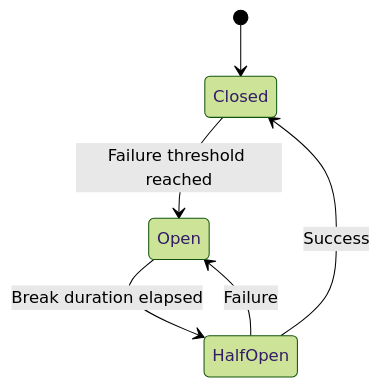
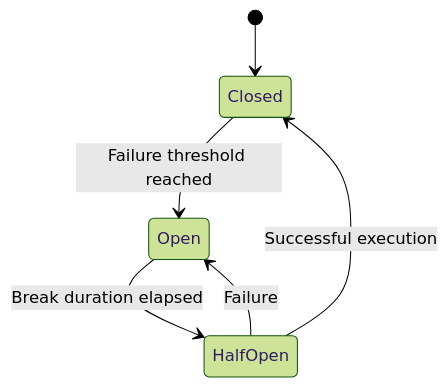
Before and after one commit to FEDERIN/CoreSystem: the first of 2 diagrams in docs/Resilience/CircuitBreaker.md, drawn with Mermaid (forest theme). The commit also changed other lines of this file and 44 other files, not shown here.

````diff
--- a/docs/Resilience/CircuitBreaker.md
+++ b/docs/Resilience/CircuitBreaker.md
@@ -30,13 +30,13 @@
 ```mermaid
 stateDiagram-v2
 
     [*] --> Closed
 
     Closed --> Open : Failure threshold reached
 
     Open --> HalfOpen : Break duration elapsed
 
-    HalfOpen --> Closed : Success
+    HalfOpen --> Closed : Successful execution
 
     HalfOpen --> Open : Failure
 ```
````
